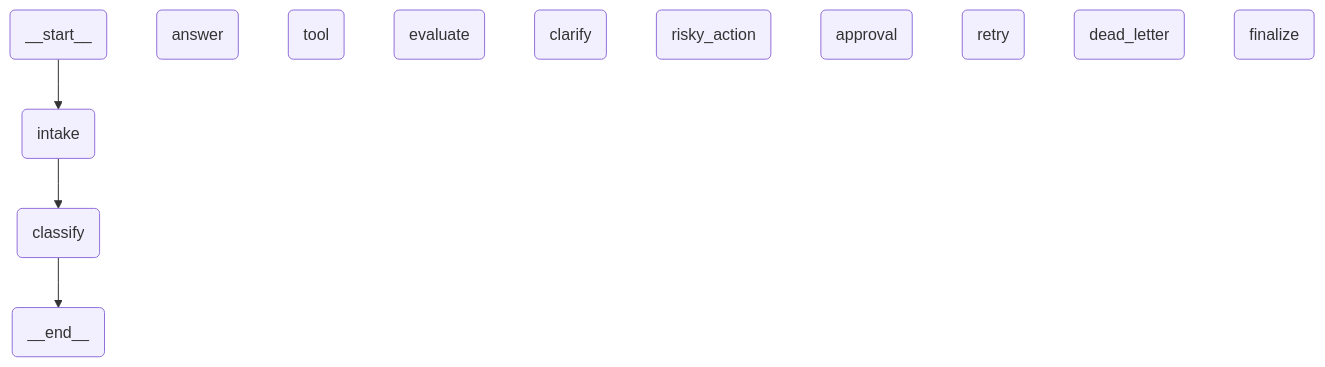
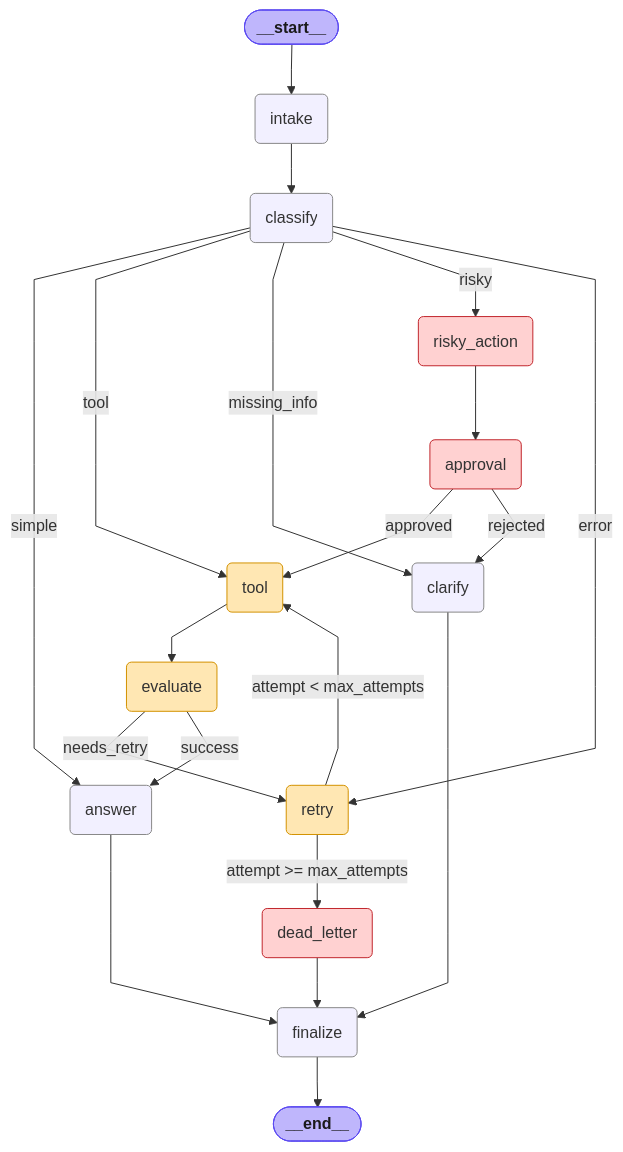
The diagram in outputs/graph_diagram.md (thao12345310/phase2-track3-day8-langgraph-agent), drawn with Mermaid before and after one commit. The commit also changed other lines of this file and 3 other files, not shown here.

Commit message:
feat: add bonus script for real human-in-the-loop interruption using SqliteSaver and update graph diagram for better topology visualization

````diff
--- a/outputs/graph_diagram.md
+++ b/outputs/graph_diagram.md
@@ -3,28 +22,47 @@
 ```mermaid
 ---
 config:
   flowchart:
     curve: linear
 ---
 graph TD;
-	__start__(<p>__start__</p>)
+	__start__([<b>__start__</b>])
 	intake(intake)
 	classify(classify)
 	answer(answer)
 	tool(tool)
 	evaluate(evaluate)
 	clarify(clarify)
 	risky_action(risky_action)
 	approval(approval)
 	retry(retry)
 	dead_letter(dead_letter)
 	finalize(finalize)
-	__end__(<p>__end__</p>)
+	__end__([<b>__end__</b>])
 	__start__ --> intake;
 	intake --> classify;
-	classify --> __end__;
-	classDef default fill:#f2f0ff,line-height:1.2
-	classDef first fill-opacity:0
-	classDef last fill:#bfb6fc
-
+	tool --> evaluate;
+	clarify --> finalize;
+	risky_action --> approval;
+	answer --> finalize;
+	dead_letter --> finalize;
+	finalize --> __end__;
+	classify -- simple --> answer;
+	classify -- tool --> tool;
+	classify -- missing_info --> clarify;
+	classify -- risky --> risky_action;
+	classify -- error --> retry;
+	evaluate -- needs_retry --> retry;
+	evaluate -- success --> answer;
+	approval -- approved --> tool;
+	approval -- rejected --> clarify;
+	retry -- attempt < max_attempts --> tool;
+	retry -- attempt >= max_attempts --> dead_letter;
+	classDef default fill:#f2f0ff,line-height:1.2,stroke:#888
+	classDef terminal fill:#bfb6fc,stroke:#5b4af0,color:#1a1a1a
+	classDef loop fill:#ffe7b3,stroke:#d39200
+	classDef danger fill:#ffd1d1,stroke:#c1272d
+	class __start__,__end__ terminal
+	class retry,evaluate,tool loop
+	class risky_action,approval,dead_letter danger
 ```
````
